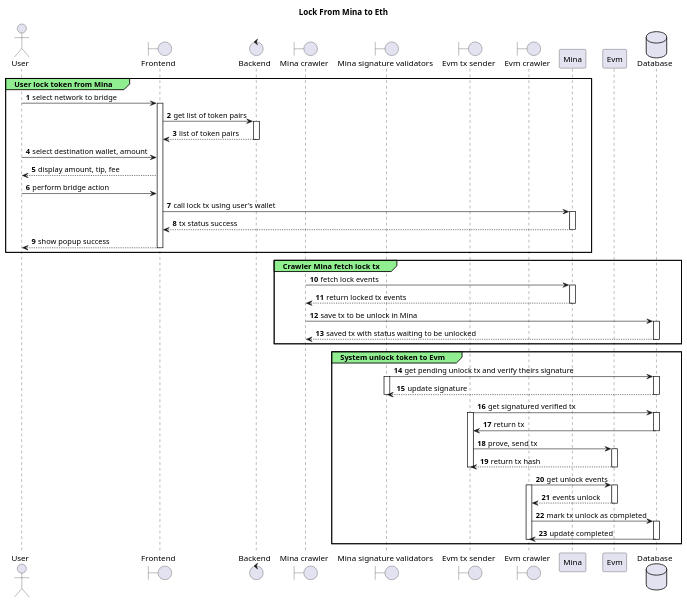
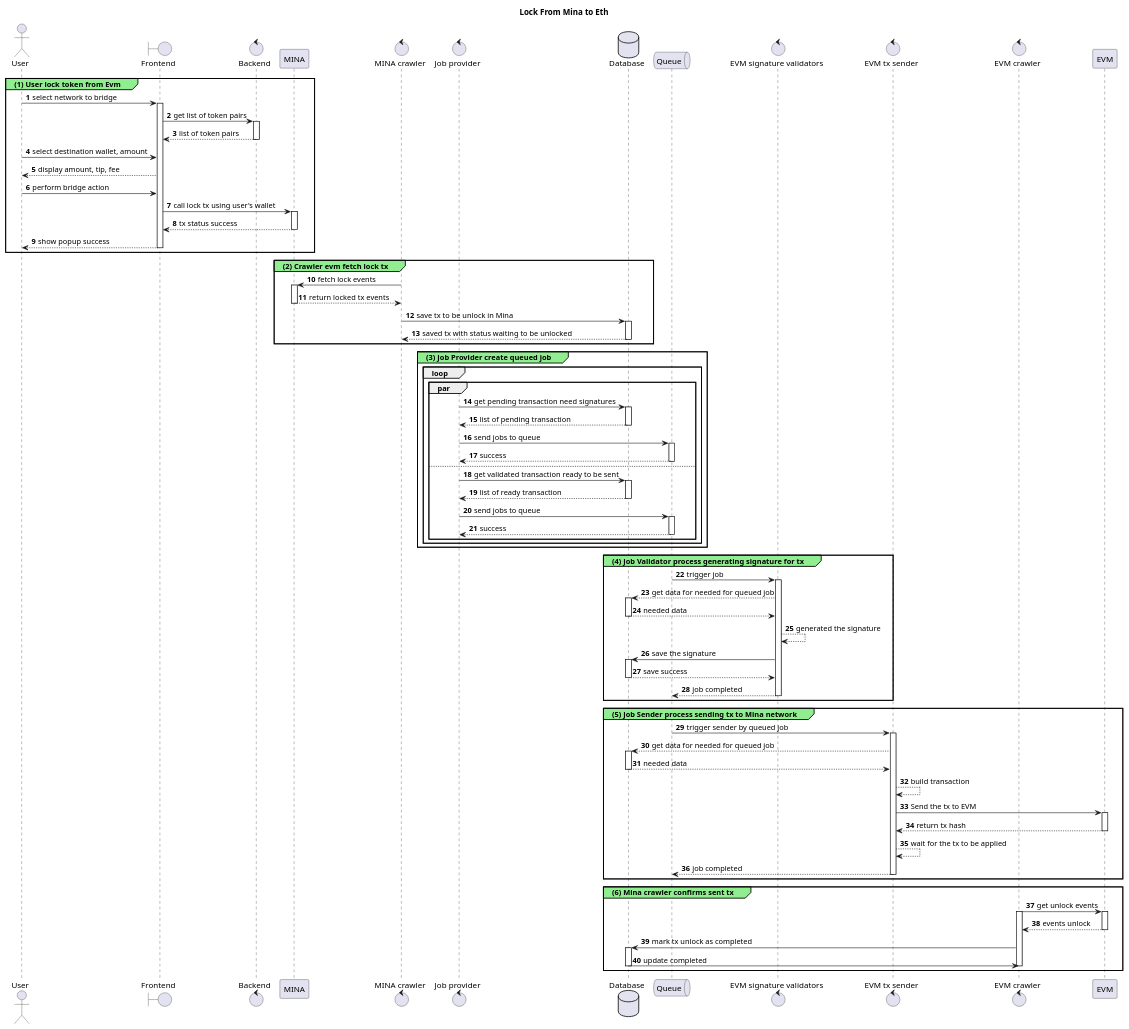
The diagram in design/bridge-mina-eth.puml (sotatek-dev/multichain-bridge-backend), drawn with PlantUML before and after one commit. The commit also changed 37 other files, not shown here.

```diff
--- a/design/bridge-mina-eth.puml
+++ b/design/bridge-mina-eth.puml
@@ -1,82 +1,127 @@
 @startuml 2
 title Lock From Mina to Eth
 actor User
 boundary fe as "Frontend"
 control be as "Backend"
-boundary evm_crawler as "Mina crawler"
-boundary mina_validator as "Mina signature validators"
-boundary mina_sender as "Evm tx sender"
-boundary mina_crawler as "Evm crawler"
-participant Ethereum as "Mina"
-participant Mina as "Evm"
+participant Ethereum as "MINA"
+control evm_crawler as "MINA crawler"
+control job_provider as "Job provider"
 database db as "Database"
+queue queue1 as "Queue"
+control mina_validator as "EVM signature validators"
+control mina_sender as "EVM tx sender"
+control mina_crawler as "EVM crawler"
+participant Mina as "EVM"
 autonumber
 
-group#LightGreen User lock token from Mina
+group#LightGreen (1) User lock token from Evm
 
     User -> fe : select network to bridge
 
     activate fe
     fe -> be : get list of token pairs
     activate be
     be --> fe : list of token pairs
     deactivate be
 
     User -> fe: select destination wallet, amount
     fe --> User: display amount, tip, fee
     User -> fe: perform bridge action
     fe -> Ethereum: call lock tx using user's wallet
     activate Ethereum
     Ethereum --> fe: tx status success
     deactivate Ethereum
 
     fe --> User: show popup success
     deactivate fe
 
 
 end
-group#LightGreen Crawler Mina fetch lock tx
+group#LightGreen (2) Crawler evm fetch lock tx
     evm_crawler->Ethereum: fetch lock events
     activate Ethereum
     Ethereum --> evm_crawler: return locked tx events
     deactivate Ethereum
 
     evm_crawler -> db: save tx to be unlock in Mina
     activate db
     db --> evm_crawler: saved tx with status waiting to be unlocked
     deactivate db
 end
-group#LightGreen System unlock token to Evm
+group#LightGreen (3) Job Provider create queued job
+    loop
+        par
+            job_provider->db: get pending transaction need signatures
+            activate db
+            db --> job_provider: list of pending transaction
+            deactivate db
+            job_provider -> queue1: send jobs to queue
+            activate queue1
+            queue1 --> job_provider: success
+            deactivate queue1
+            else
+            job_provider->db: get validated transaction ready to be sent
+            activate db
+            db --> job_provider: list of ready transaction
+            deactivate db
+            job_provider -> queue1: send jobs to queue
+            activate queue1
+            queue1 --> job_provider: success
+            deactivate queue1
+        end
+    end
+end
+group#LightGreen (4) Job Validator process generating signature for tx
 
-    mina_validator -> db: get pending unlock tx and verify theirs signature
+    queue1 -> mina_validator: trigger job
     activate mina_validator
+    mina_validator --> db: get data for needed for queued job
     activate db
-    db --> mina_validator: update signature
-    deactivate db
-    deactivate mina_validator
-
-    mina_sender -> db: get signatured verified tx
-    activate db
-    activate mina_sender
-    db -> mina_sender: return tx
+    db --> mina_validator: needed data
     deactivate db
 
-    mina_sender -> Mina: prove, send tx
+    mina_validator -->mina_validator: generated the signature
+
+    mina_validator -> db: save the signature
+    activate db
+    db --> mina_validator: save success
+    deactivate db
+
+    mina_validator --> queue1: job completed
+    deactivate mina_validator
+end
+group#LightGreen (5) Job Sender process sending tx to Mina network
+
+    queue1 -> mina_sender: trigger sender by queued job
+    activate mina_sender
+    mina_sender --> db: get data for needed for queued job
+    activate db
+    db --> mina_sender: needed data
+    deactivate db
+
+    mina_sender --> mina_sender: build transaction
+
+    mina_sender -> Mina: Send the tx to EVM
     activate Mina
     Mina --> mina_sender: return tx hash
     deactivate Mina
+    mina_sender --> mina_sender: wait for the tx to be applied
+    mina_sender --> queue1: job completed
     deactivate mina_sender
 
+end
+group#LightGreen (6) Mina crawler confirms sent tx
     mina_crawler -> Mina: get unlock events
     activate mina_crawler
     activate Mina
     Mina --> mina_crawler: events unlock
     deactivate Mina
     mina_crawler ->db: mark tx unlock as completed
     activate db
     db -> mina_crawler: update completed
     deactivate mina_crawler
     deactivate db
 end
 
+
 @enduml
```
